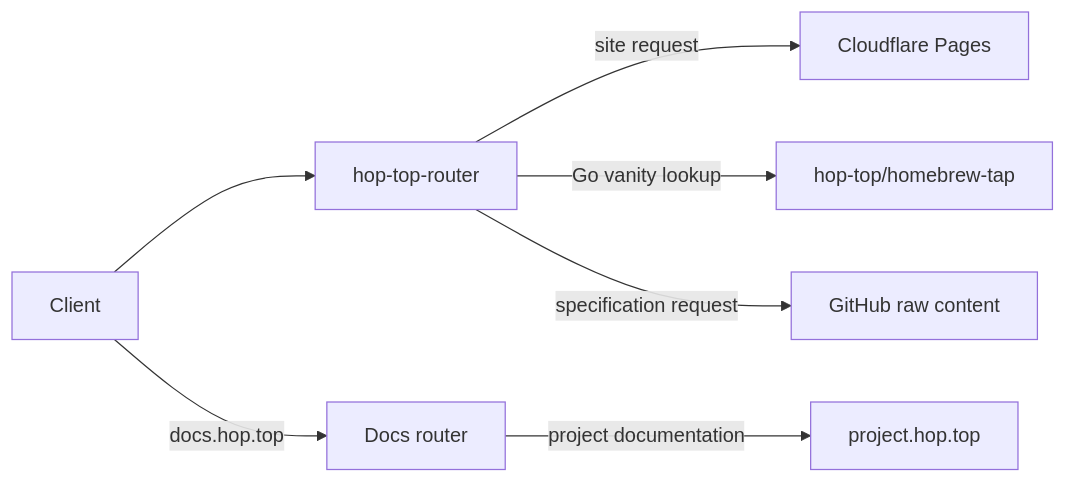
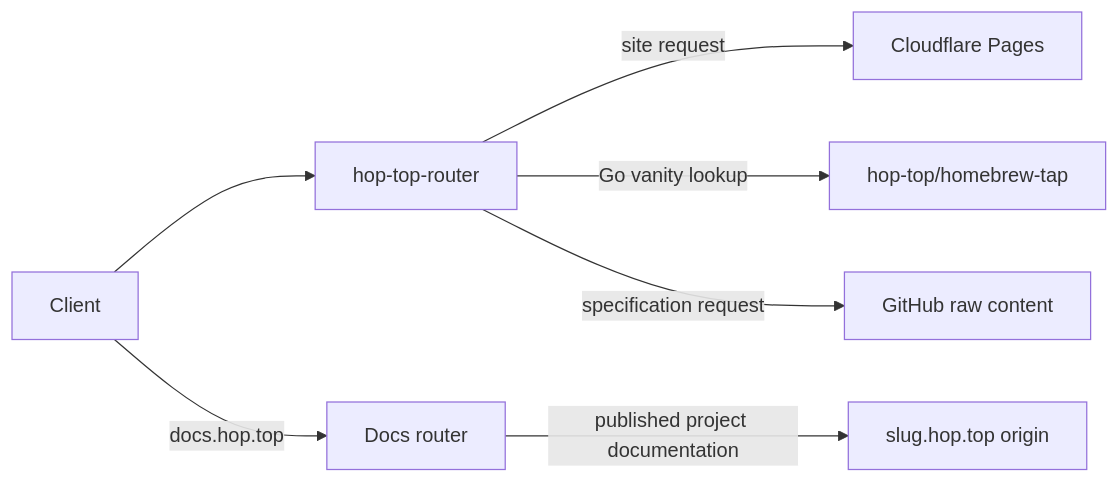
One commit to hop-top/hop.top changed the diagram in docs/ARCHITECTURE.md. Above: the diagram before and after it, drawn with Mermaid. The commit also changed other lines of this file and 28 other files, not shown here.

````diff
--- a/docs/ARCHITECTURE.md
+++ b/docs/ARCHITECTURE.md
@@ -9,9 +9,9 @@
 ```mermaid
 flowchart LR
   client[Client] --> router[hop-top-router]
   router -->|site request| pages[Cloudflare Pages]
   router -->|Go vanity lookup| tap[hop-top/homebrew-tap]
   router -->|specification request| raw[GitHub raw content]
   client -->|docs.hop.top| docs[Docs router]
-  docs -->|project documentation| project[project.hop.top]
+  docs -->|published project documentation| project[slug.hop.top origin]
 ```
````
